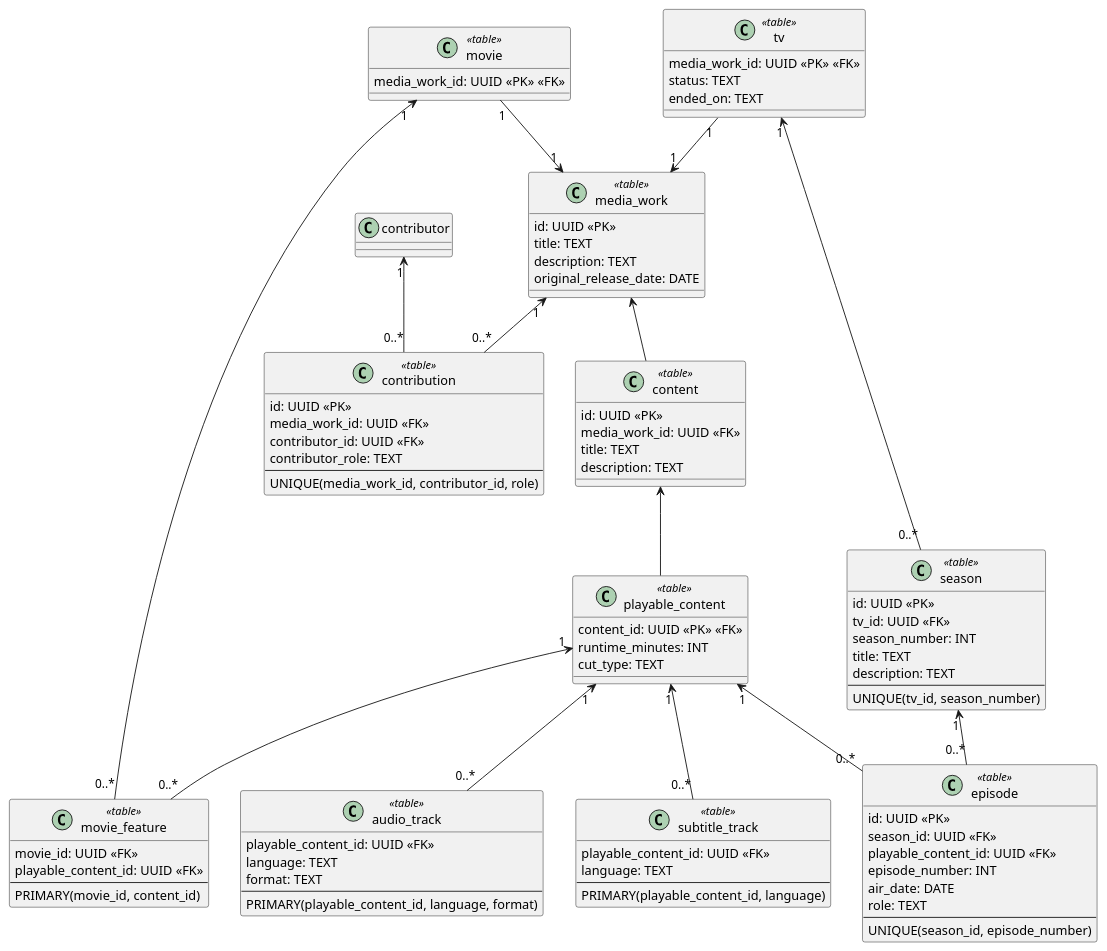
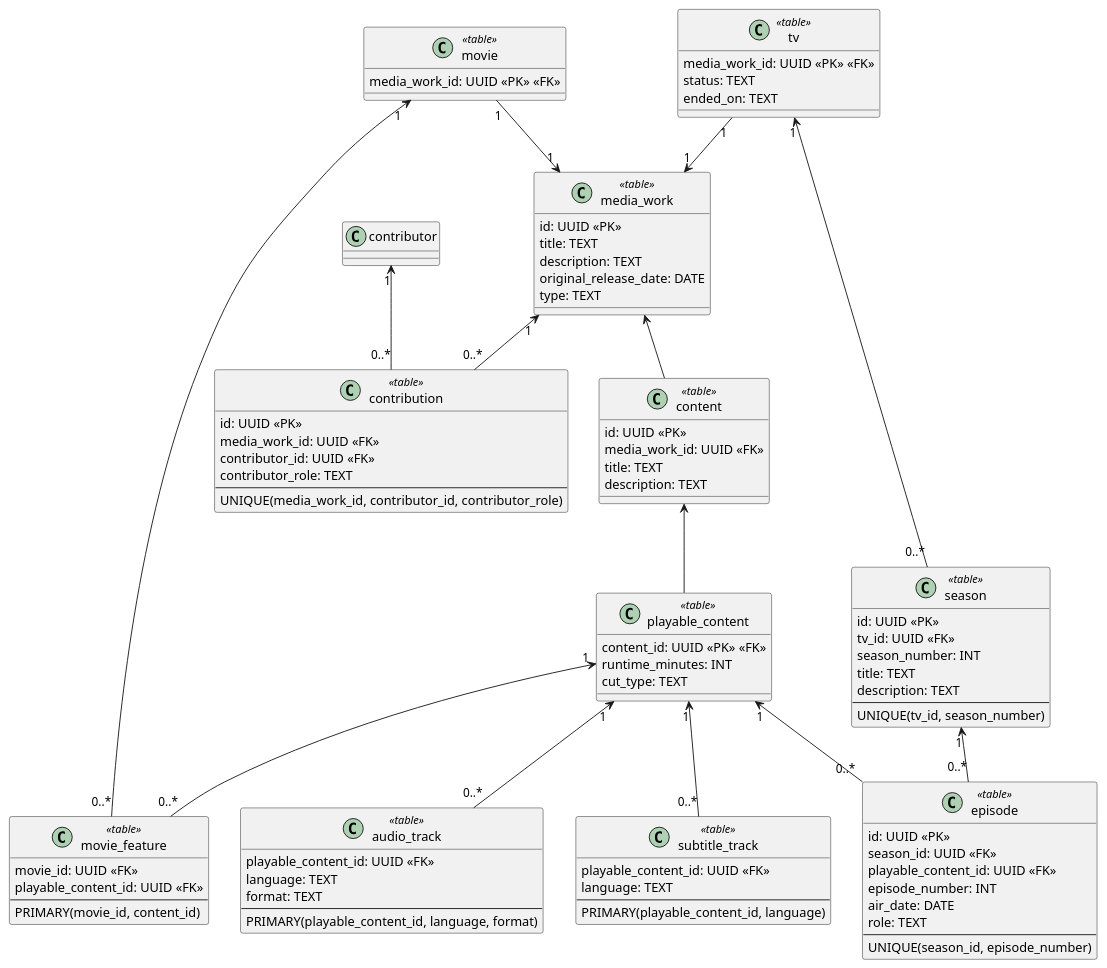
One commit to yantue/colleq changed the diagram in docs/uml/data/media_work.data.puml. Above: the diagram before and after it, drawn with PlantUML. The commit also changed 1 other file, not shown here.

```diff
--- a/docs/uml/data/media_work.data.puml
+++ b/docs/uml/data/media_work.data.puml
@@ -1,116 +1,117 @@
 @startuml
 skinparam classAttributeIconSize 0
 
 ' ===== CORE =====
 class media_work <<table>> {
     id: UUID <<PK>>
     title: TEXT
     description: TEXT
     original_release_date: DATE
+    type: TEXT
 }
 
 ' ===== CONTRIBUTIONS =====
 class contribution <<table>> {
     id: UUID <<PK>>
     media_work_id: UUID <<FK>>
     contributor_id: UUID <<FK>>
     contributor_role: TEXT
     --
-    UNIQUE(media_work_id, contributor_id, role)
+    UNIQUE(media_work_id, contributor_id, contributor_role)
 }
 
 media_work "1" <-- "0..*" contribution
 
 ' ===== CONTENT =====
 class content <<table>> {
     id: UUID <<PK>>
     media_work_id: UUID <<FK>>
     title: TEXT
     description: TEXT
 }
 
 media_work <-- content
 
 class playable_content <<table>> {
     content_id: UUID <<PK>> <<FK>>
     runtime_minutes: INT
     cut_type: TEXT
 }
 
 content <-- playable_content
 
 class audio_track <<table>> {
     playable_content_id: UUID <<FK>>
     language: TEXT
     format: TEXT
     --
     PRIMARY(playable_content_id, language, format)
 }
 
 playable_content "1" <-- "0..*" audio_track
 
 class subtitle_track <<table>> {
     playable_content_id: UUID <<FK>>
     language: TEXT
     --
     PRIMARY(playable_content_id, language)
 }
 
 playable_content "1" <-- "0..*" subtitle_track
 
 ' ===== MOVIE =====
 class movie <<table>> {
     media_work_id: UUID <<PK>> <<FK>>
 }
 
 movie "1" --> "1" media_work
 
 class movie_feature <<table>> {
      movie_id: UUID <<FK>>
      playable_content_id: UUID <<FK>>
      --
      PRIMARY(movie_id, content_id)
 }
 
 movie "1" <-- "0..*" movie_feature
 playable_content "1" <-- "0..*" movie_feature
 
 ' ===== TV =====
 class tv <<table>> {
     media_work_id: UUID <<PK>> <<FK>>
     status: TEXT
     ended_on: TEXT
 }
 
 tv "1" --> "1" media_work
 
 class season <<table>> {
     id: UUID <<PK>>
     tv_id: UUID <<FK>>
     season_number: INT
     title: TEXT
     description: TEXT
     --
     UNIQUE(tv_id, season_number)
 }
 
 tv "1" <-- "0..*" season
 
 class episode <<table>> {
     id: UUID <<PK>>
     season_id: UUID <<FK>>
     playable_content_id: UUID <<FK>>
     episode_number: INT
     air_date: DATE
     role: TEXT
     --
     UNIQUE(season_id, episode_number)
 }
 
 season "1" <-- "0..*" episode
 playable_content "1" <-- "0..*" episode
 
 ' ===== CROSS-AGGREGATE REFERENCE =====
 contributor "1" <-- "0..*" contribution
 
 @enduml
```
